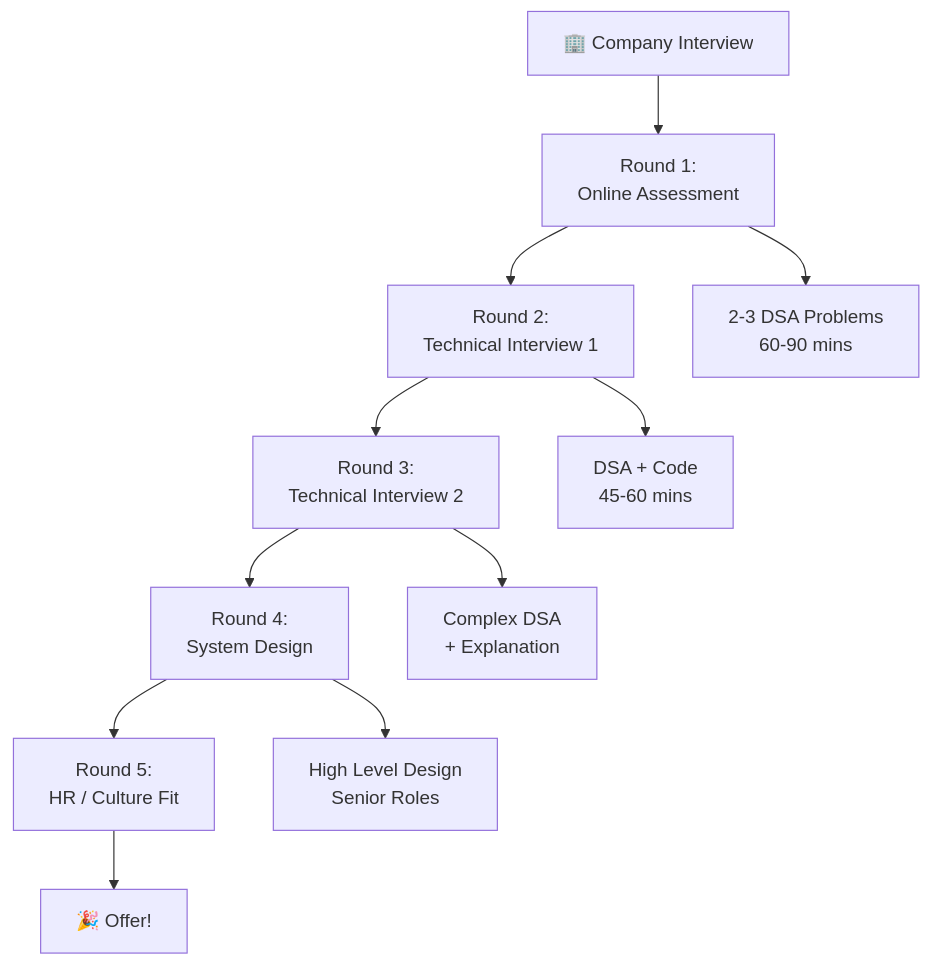
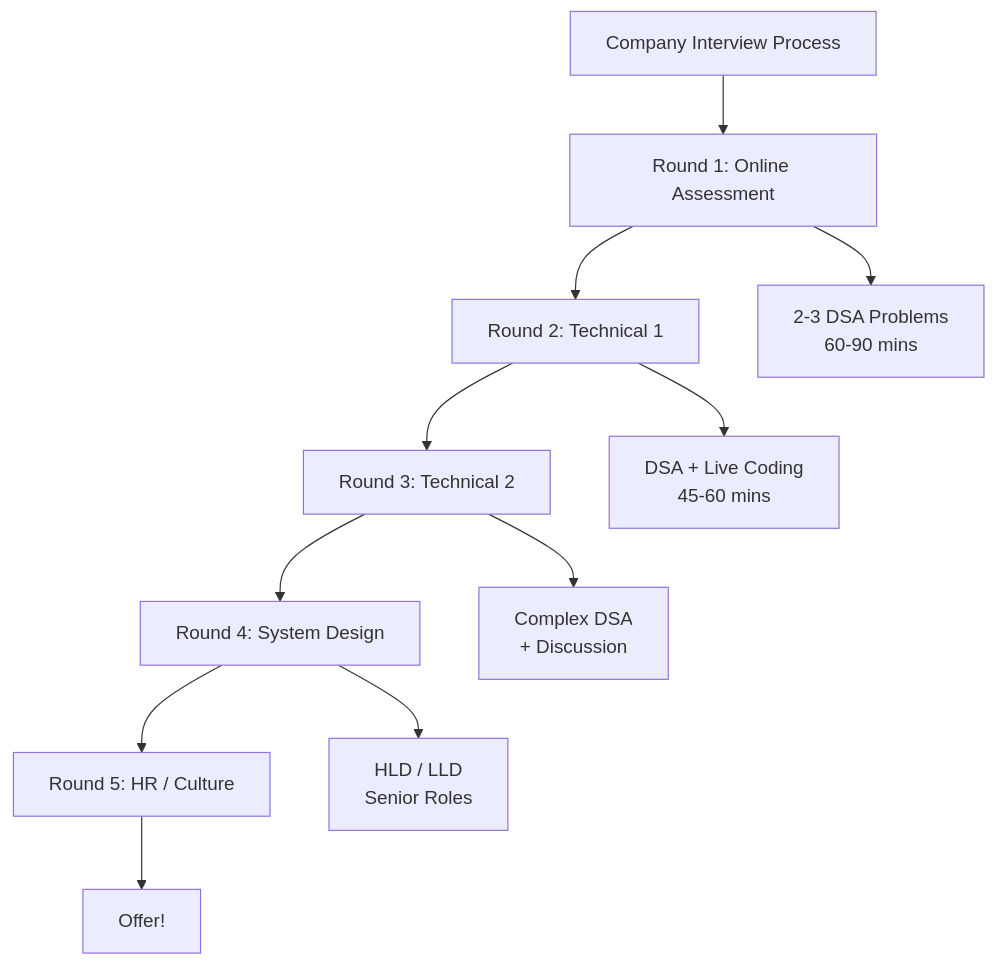
One commit to Kshitijgul/Notes changed the ninth of 12 diagrams in DSA/01-Introduction.md. Above: the diagram before and after it, drawn with Mermaid. The commit also changed other lines of this file and 1 other file, not shown here.

Commit message:
Update dsa notes

````diff
--- a/DSA/01-Introduction.md
+++ b/DSA/01-Introduction.md
@@ -874,14 +993,14 @@
 ```mermaid
 flowchart TD
-    A[🏢 Company Interview] --> B[Round 1:<br/>Online Assessment]
-    B --> C[Round 2:<br/>Technical Interview 1]
-    C --> D[Round 3:<br/>Technical Interview 2]
-    D --> E[Round 4:<br/>System Design]
-    E --> F[Round 5:<br/>HR / Culture Fit]
-    F --> G[🎉 Offer!]
-    
+    A[Company Interview Process] --> B[Round 1: Online Assessment]
+    B --> C[Round 2: Technical 1]
+    C --> D[Round 3: Technical 2]
+    D --> E[Round 4: System Design]
+    E --> F[Round 5: HR / Culture]
+    F --> G[Offer!]
+
     B --> B1[2-3 DSA Problems<br/>60-90 mins]
-    C --> C1[DSA + Code<br/>45-60 mins]
-    D --> D1[Complex DSA<br/>+ Explanation]
-    E --> E1[High Level Design<br/>Senior Roles]
+    C --> C1[DSA + Live Coding<br/>45-60 mins]
+    D --> D1[Complex DSA<br/>+ Discussion]
+    E --> E1[HLD / LLD<br/>Senior Roles]
 ```
````
